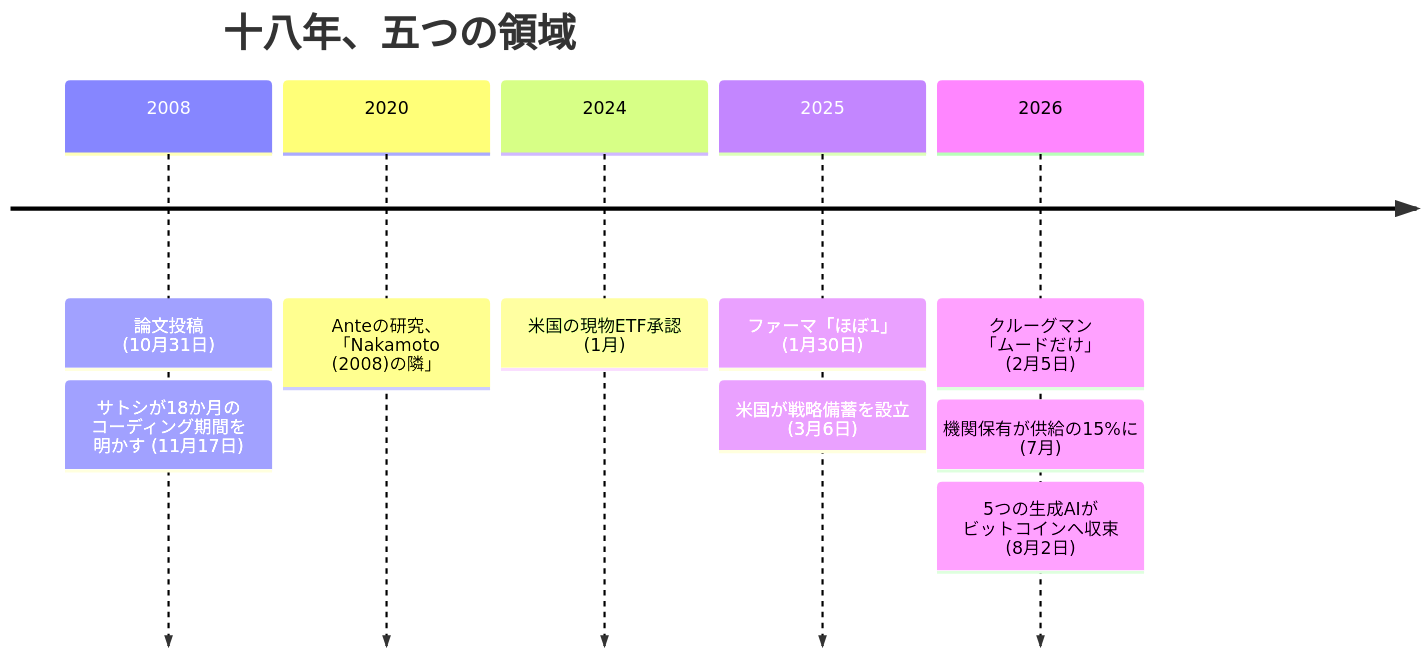
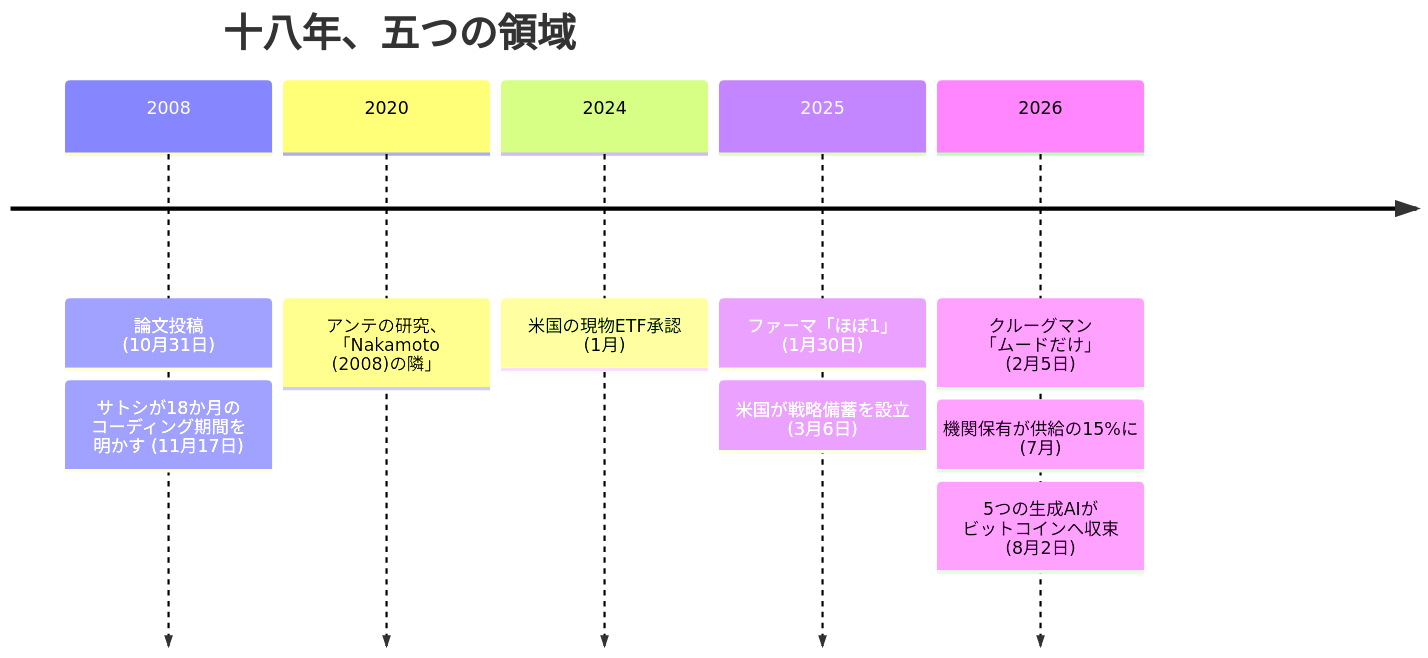
Before and after one commit to cypher256/BitcoinArchive: the diagram in src/data/translations/ja/analysis/2026-08-23-did-bitcoin-overturn-money.md, drawn with Mermaid. The commit also changed other lines of this file and 3 other files, not shown here.

````diff
--- a/src/data/translations/ja/analysis/2026-08-23-did-bitcoin-overturn-money.md
+++ b/src/data/translations/ja/analysis/2026-08-23-did-bitcoin-overturn-money.md
@@ -105,16 +105,16 @@
 ```mermaid
 timeline
     title 十八年、五つの領域
     2008 : 論文投稿 (10月31日)
          : サトシが18か月の コーディング期間を 明かす (11月17日)
     %% link: /BitcoinArchive/ja/entries/emails/cryptography/bitcoin-p2p-e-cash-paper/2008-11-17-bitcoin-p2p-e-cash-paper/
-    2020 : Anteの研究、 「Nakamoto (2008)の隣」
+    2020 : アンテの研究、 「Nakamoto (2008)の隣」
     2024 : 米国の現物ETF承認 (1月)
     2025 : ファーマ「ほぼ1」 (1月30日)
          : 米国が戦略備蓄を設立 (3月6日)
     %% link: /BitcoinArchive/ja/entries/aftermath/2025-03-06-us-strategic-bitcoin-reserve/
     2026 : クルーグマン 「ムードだけ」 (2月5日)
          : 機関保有が供給の15%に (7月)
          : 5つの生成AIが ビットコインへ収束 (8月2日)
     %% link: /BitcoinArchive/ja/entries/analysis/2026-08-02-ai-crypto-investment-survey/
 ```
````
